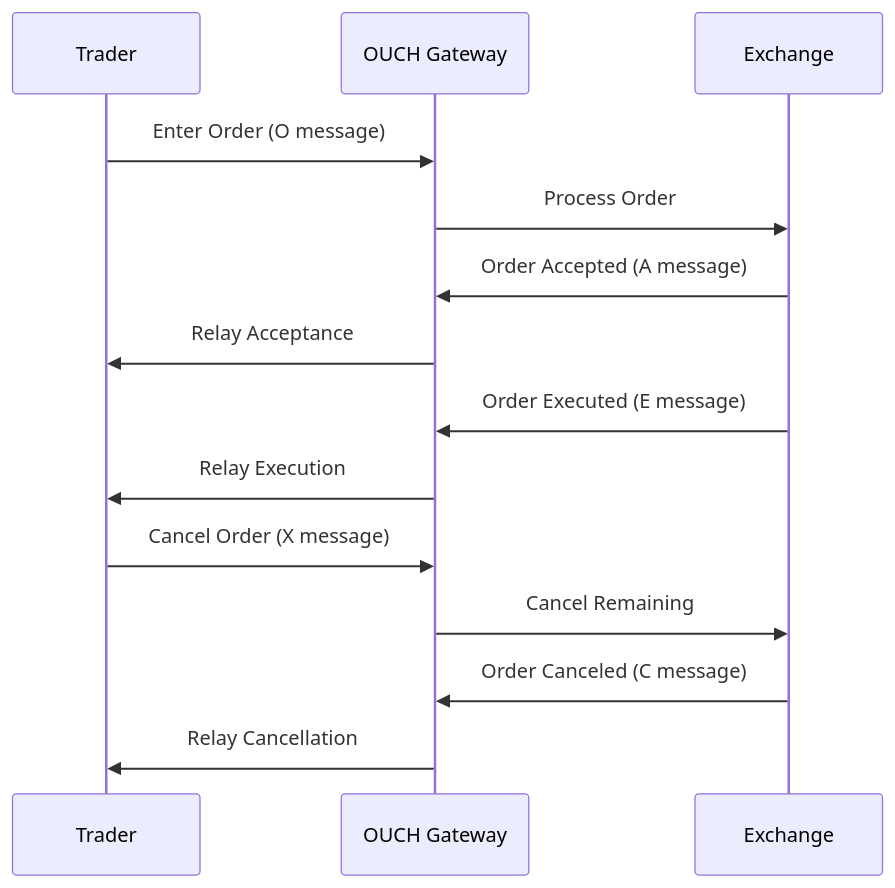
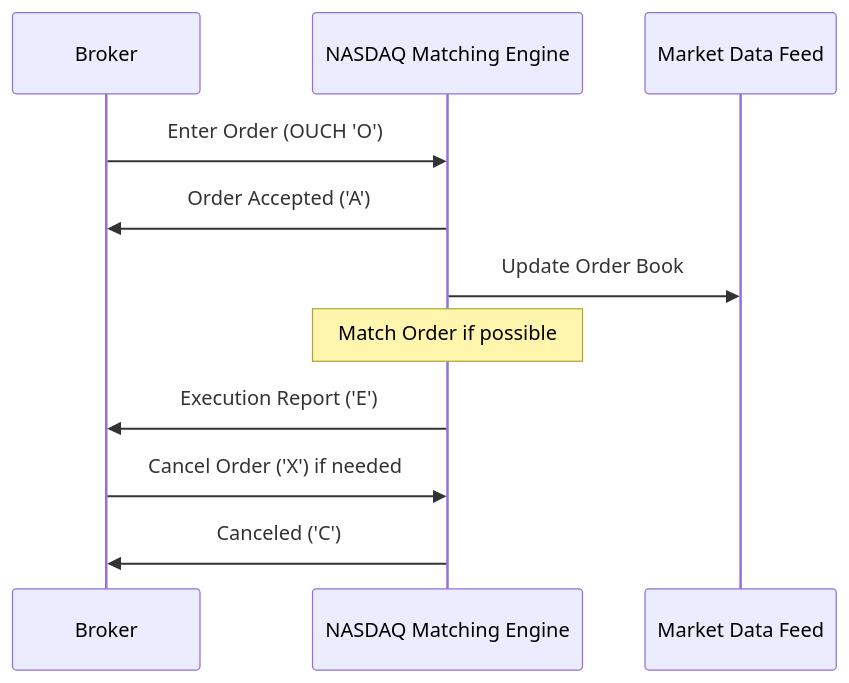
One commit to VrushankPatel/interview-matters changed the diagram in protocols/ouch-protocol/README.md. Above: the diagram before and after it, drawn with Mermaid. The commit also changed other lines of this file and 30 other files, not shown here.

Commit message:
kb: processed 5 topics (FIX Protocol, ITCH Protocol, OUCH Protocol, Market Data, Order Entry Protocols) + restructured trading categories to top-level + fixed links and updated indexes

````diff
--- a/protocols/ouch-protocol/README.md
+++ b/protocols/ouch-protocol/README.md
@@ -93,17 +71,14 @@
 ```mermaid
 sequenceDiagram
-    participant Trader
-    participant OUCH Gateway
-    participant Exchange
+    participant Broker
+    participant NASDAQ Matching Engine
+    participant Market Data Feed
 
-    Trader->>OUCH Gateway: Enter Order (O message)
-    OUCH Gateway->>Exchange: Process Order
-    Exchange->>OUCH Gateway: Order Accepted (A message)
-    OUCH Gateway->>Trader: Relay Acceptance
-    Exchange->>OUCH Gateway: Order Executed (E message)
-    OUCH Gateway->>Trader: Relay Execution
-    Trader->>OUCH Gateway: Cancel Order (X message)
-    OUCH Gateway->>Exchange: Cancel Remaining
-    Exchange->>OUCH Gateway: Order Canceled (C message)
-    OUCH Gateway->>Trader: Relay Cancellation
+    Broker->>NASDAQ Matching Engine: Enter Order (OUCH 'O')
+    NASDAQ Matching Engine->>Broker: Order Accepted ('A')
+    NASDAQ Matching Engine->>Market Data Feed: Update Order Book
+    Note over NASDAQ Matching Engine: Match Order if possible
+    NASDAQ Matching Engine->>Broker: Execution Report ('E')
+    Broker->>NASDAQ Matching Engine: Cancel Order ('X') if needed
+    NASDAQ Matching Engine->>Broker: Canceled ('C')
 ```
````
